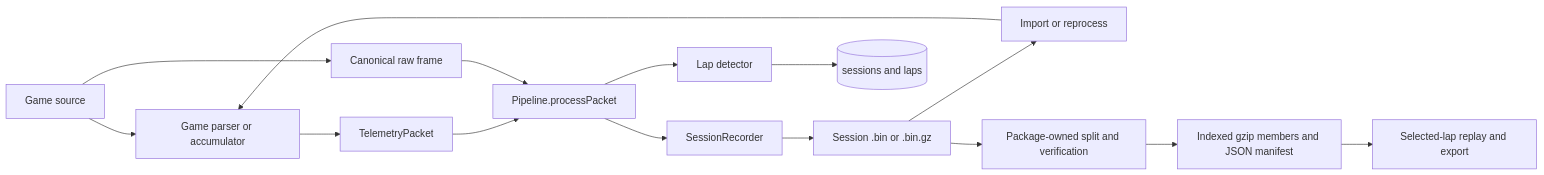
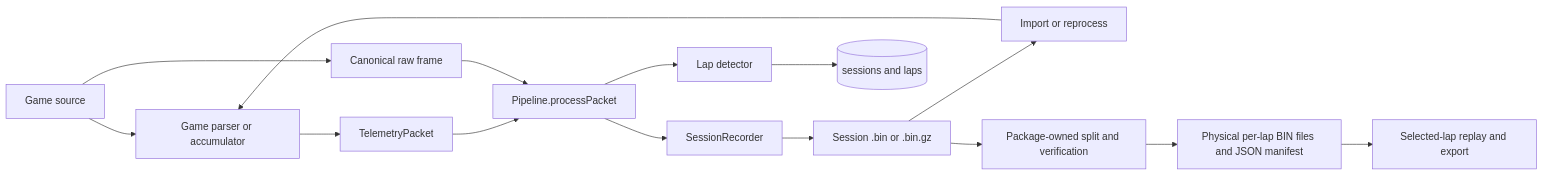
Before and after one commit to SpeedHQ/RaceIQ: the diagram in docs/architecture/telemetry-recording.md, drawn with Mermaid. The commit also changed other lines of this file and 44 other files, not shown here.

````diff
--- a/docs/architecture/telemetry-recording.md
+++ b/docs/architecture/telemetry-recording.md
@@ -7,17 +7,17 @@
 ```mermaid
 graph LR
   Source[Game source] --> Adapter[Game parser or accumulator]
   Adapter --> Packet[TelemetryPacket]
   Source --> Raw[Canonical raw frame]
   Packet --> Pipeline[Pipeline.processPacket]
   Raw --> Pipeline
   Pipeline --> Recorder[SessionRecorder]
   Pipeline --> Detector[Lap detector]
   Recorder --> Bin[Session .bin or .bin.gz]
   Detector --> DB[(sessions and laps)]
   Bin --> Replay[Import or reprocess]
   Bin --> Split[Package-owned split and verification]
-  Split --> Archive[Indexed gzip members and JSON manifest]
+  Split --> Archive[Physical per-lap BIN files and JSON manifest]
   Archive --> LapReplay[Selected-lap replay and export]
   Replay --> Adapter
 ```
````
